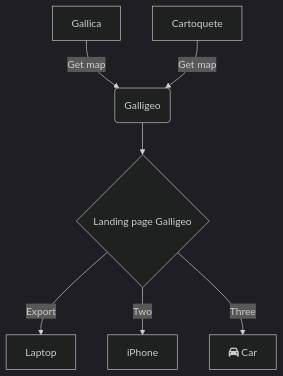
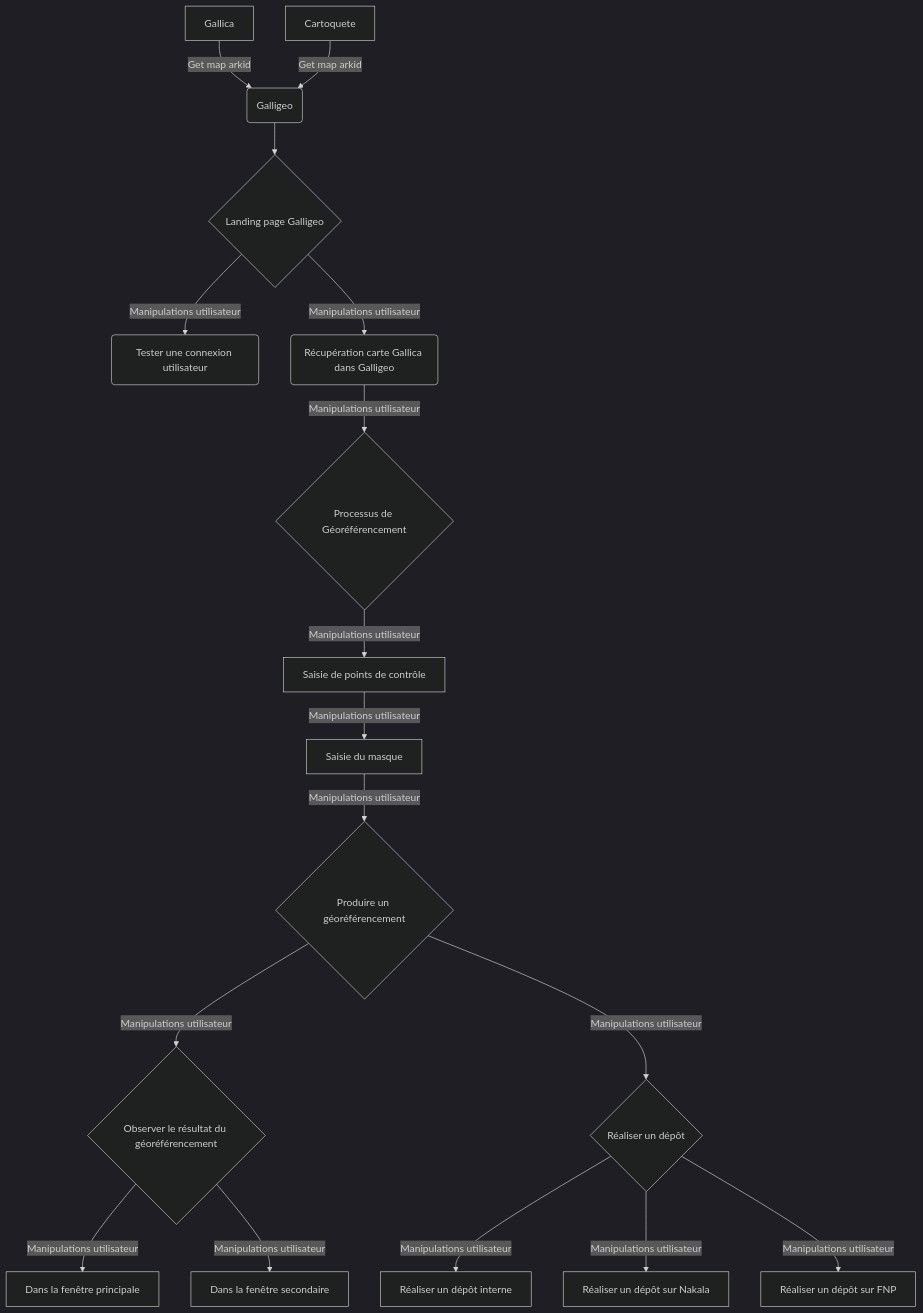
The diagram in README.md (paristimemachine/galligeo), drawn with Mermaid (dark theme) before and after one commit.

Commit message:
Parcours utilisateur mermaid

````diff
--- a/README.md
+++ b/README.md
@@ -3,9 +3,19 @@
 ```mermaid
 flowchart TD
-    A1[Gallica] -->|Get map| B(Galligeo)
-    A2[Cartoquete] -->|Get map| B(Galligeo)
+    A1[Gallica] -->|Get map arkid| B(Galligeo)
+    A2[Cartoquete] -->|Get map arkid| B(Galligeo)
     B --> C{Landing page Galligeo}
-    C -->|Export| D[Laptop]
-    C -->|Two| E[iPhone]
-    C -->|Three| F[fa:fa-car Car]
+        C -->|Manipulations utilisateur| D1(Tester une connexion utilisateur)
+        C -->|Manipulations utilisateur| D2(Récupération carte Gallica dans Galligeo)
+        D2 -->|Manipulations utilisateur| E{Processus de Géoréférencement}
+        E -->|Manipulations utilisateur| F[Saisie de points de contrôle]
+        F -->|Manipulations utilisateur| G[Saisie du masque]
+        G -->|Manipulations utilisateur| H{Produire un géoréférencement}
+        H -->|Manipulations utilisateur| I{Observer le résultat du géoréférencement}
+            I -->|Manipulations utilisateur| I1[Dans la fenêtre principale]
+            I -->|Manipulations utilisateur| I2[Dans la fenêtre secondaire]
+        H -->|Manipulations utilisateur| J{Réaliser un dépôt}
+            J -->|Manipulations utilisateur| K1[Réaliser un dépôt interne]
+            J -->|Manipulations utilisateur| K2[Réaliser un dépôt sur Nakala]
+            J -->|Manipulations utilisateur| K3[Réaliser un dépôt sur FNP]
 ```
````
